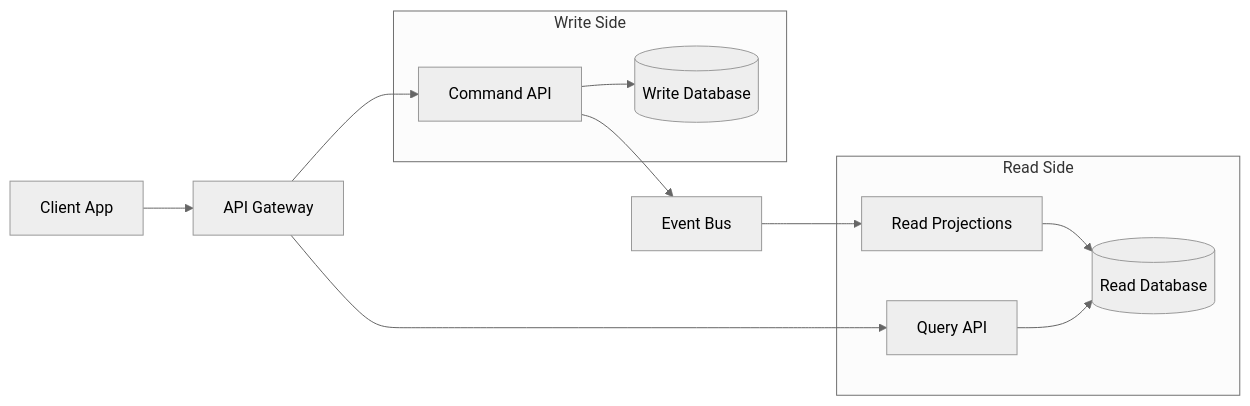
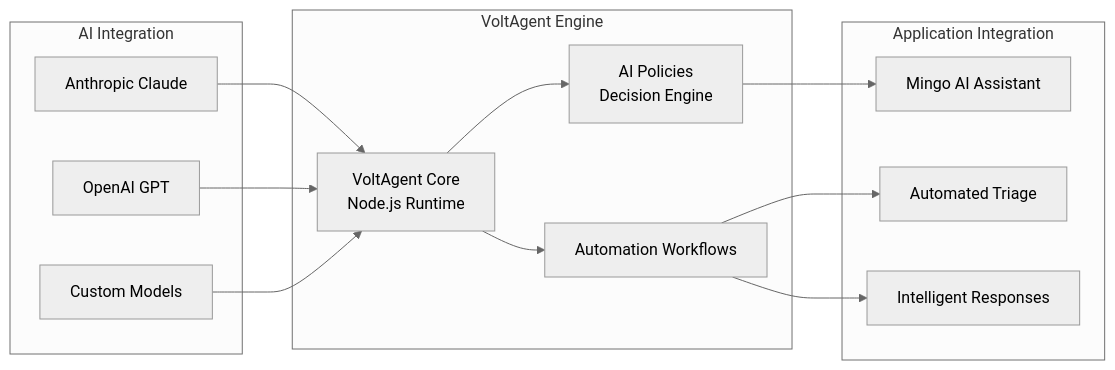
One commit to Praesto-Pro/openframe-oss-tenant changed the third of 9 diagrams in docs/development/architecture/README.md. Above: the diagram before and after it, drawn with Mermaid (neutral theme). The commit also changed other lines of this file and 344 other files, not shown here.

````diff
--- a/docs/development/architecture/README.md
+++ b/docs/development/architecture/README.md
@@ -368,25 +129,31 @@
 ```mermaid
 flowchart LR
-    Client[Client App] --> Gateway[API Gateway]
-    Gateway --> Commands[Command API]
-    Gateway --> Queries[Query API]
-    
-    Commands --> WriteDB[(Write Database)]
-    Commands --> EventBus[Event Bus]
-    
-    EventBus --> Projections[Read Projections]
-    Projections --> ReadDB[(Read Database)]
-    
-    Queries --> ReadDB
-    
-    subgraph "Write Side"
-        WriteDB
-        Commands
+    subgraph "AI Integration"
+        Claude[Anthropic Claude]
+        GPT[OpenAI GPT]
+        Custom[Custom Models]
     end
     
-    subgraph "Read Side"
-        ReadDB
-        Queries
-        Projections
+    subgraph "VoltAgent Engine"
+        Core[VoltAgent Core<br/>Node.js Runtime]
+        Policies[AI Policies<br/>Decision Engine]
+        Workflows[Automation Workflows]
     end
+    
+    subgraph "Application Integration"
+        Mingo[Mingo AI Assistant]
+        AutoTriage[Automated Triage]
+        Responses[Intelligent Responses]
+    end
+    
+    Claude --> Core
+    GPT --> Core
+    Custom --> Core
+    
+    Core --> Policies
+    Core --> Workflows
+    
+    Policies --> Mingo
+    Workflows --> AutoTriage
+    Workflows --> Responses
 ```
````
